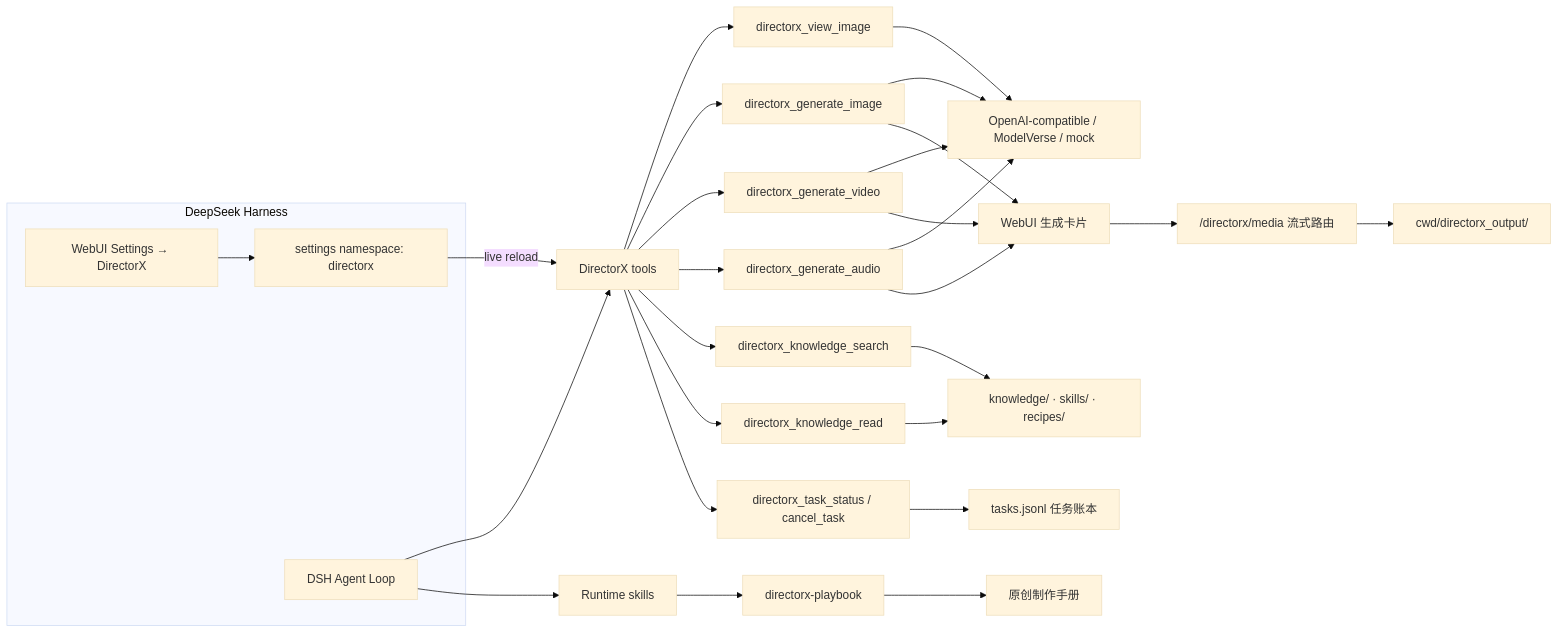
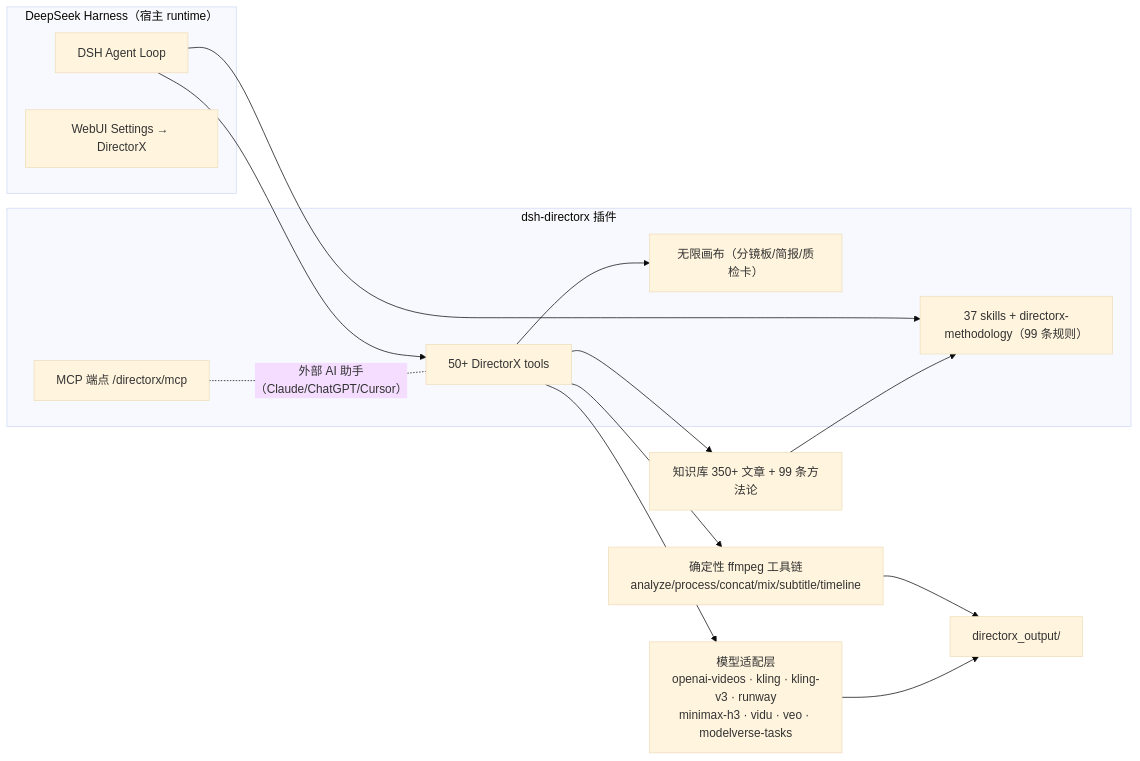
The second of 2 diagrams in README.md (LaplaceYoung/dsh-directorx), drawn with Mermaid (base theme) before and after one commit. The commit also changed other lines of this file and 1 other file, not shown here.

First line of the commit message:
docs: README overhaul (SEO/GEO + humor + mermaid flows) + package keywords

````diff
--- a/README.md
+++ b/README.md
@@ -47,29 +88,27 @@
 ```mermaid
 flowchart LR
-  subgraph DSH["DeepSeek Harness"]
-    UI["WebUI Settings → DirectorX"] --> CFG["settings namespace: directorx"]
+  subgraph DSH["DeepSeek Harness（宿主 runtime）"]
     LOOP["DSH Agent Loop"]
+    UI["WebUI Settings → DirectorX"]
   end
 
-  CFG -->|live reload| TOOLS["DirectorX tools"]
+  subgraph Plugin["dsh-directorx 插件"]
+    TOOLS["50+ DirectorX tools"]
+    SKILLS["37 skills + directorx-methodology（99 条规则）"]
+    CANVAS["无限画布（分镜板/简报/质检卡）"]
+    MCP["MCP 端点 /directorx/mcp"]
+  end
+
   LOOP --> TOOLS
-  LOOP --> SKILLS["Runtime skills"]
+  LOOP --> SKILLS
+  TOOLS --> CANVAS
+  MCP -.外部 AI 助手（Claude/ChatGPT/Cursor）.- TOOLS
 
-  TOOLS --> VISION["directorx_view_image"]
-  TOOLS --> IMAGE["directorx_generate_image"]
-  TOOLS --> VIDEO["directorx_generate_video"]
-  TOOLS --> AUDIO["directorx_generate_audio"]
-  TOOLS --> SEARCH["directorx_knowledge_search"]
-  TOOLS --> READ["directorx_knowledge_read"]
-  TOOLS --> STATUS["directorx_task_status / cancel_task"]
-  STATUS --> LEDGER["tasks.jsonl 任务账本"]
+  TOOLS --> FF["确定性 ffmpeg 工具链<br/>analyze/process/concat/mix/subtitle/timeline"]
+  TOOLS --> GEN["模型适配层<br/>openai-videos · kling · kling-v3 · runway<br/>minimax-h3 · vidu · veo · modelverse-tasks"]
+  TOOLS --> CORPUS["知识库 350+ 文章 + 99 条方法论"]
 
-  VISION & IMAGE & VIDEO & AUDIO --> API["OpenAI-compatible / ModelVerse / mock"]
-  SEARCH & READ --> CORPUS["knowledge/ · skills/ · recipes/"]
-  SKILLS --> PLAYBOOK["directorx-playbook"]
-  PLAYBOOK --> NOTES["原创制作手册"]
-
-  IMAGE & VIDEO & AUDIO --> CARDS["WebUI 生成卡片"]
-  CARDS --> MEDIA["/directorx/media 流式路由"]
-  MEDIA --> OUT["cwd/directorx_output/"]
+  FF --> OUT["directorx_output/"]
+  GEN --> OUT
+  CORPUS --> SKILLS
 ```
````
